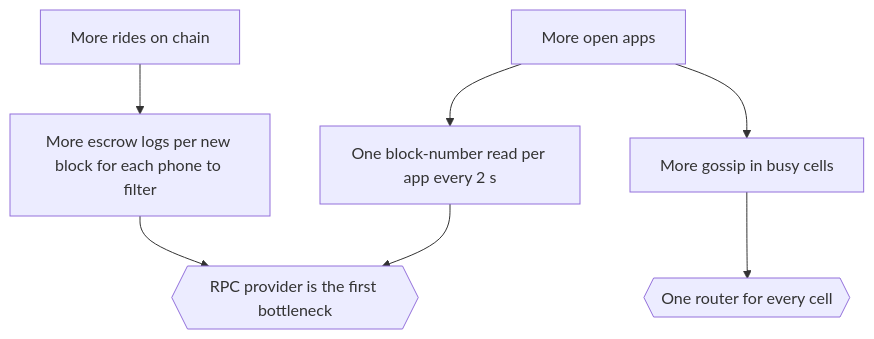
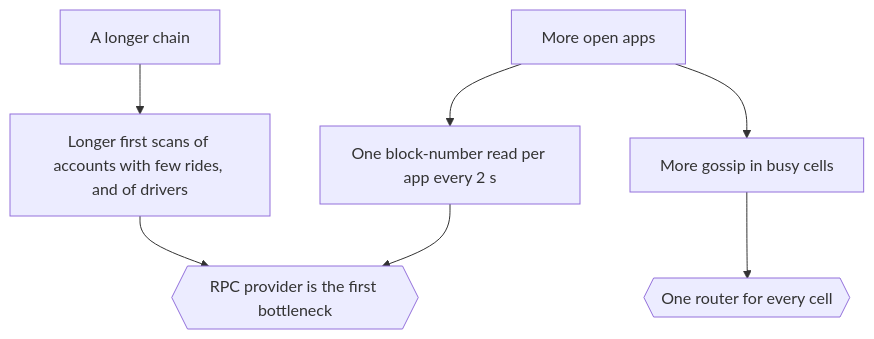
One commit to MuriloSchaefer/klippelgo changed the second of 2 diagrams in apps/docs/scalability.md. Above: the diagram before and after it, drawn with Mermaid. The commit also changed other lines of this file and 8 other files, not shown here.

````diff
--- a/apps/docs/scalability.md
+++ b/apps/docs/scalability.md
@@ -50,9 +50,9 @@
 ```mermaid
 flowchart TB
     a[More open apps] --> b[One block-number read per app every 2 s]
     a --> c[More gossip in busy cells]
-    d[More rides on chain] --> e[More escrow logs per new block for each phone to filter]
+    d[A longer chain] --> e[Longer first scans of accounts with few rides, and of drivers]
     b --> f{{RPC provider is the first bottleneck}}
     e --> f
     c --> g{{One router for every cell}}
 ```
````
